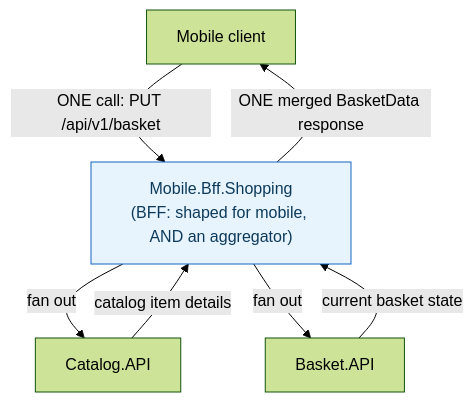
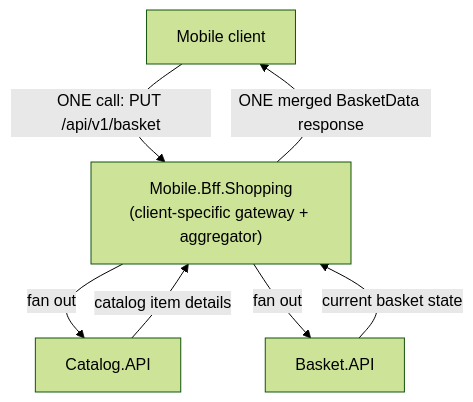
The first of 2 diagrams in _posts/2025-11-07-bff-and-aggregator-patterns.md (mayurjp/dev-blog), drawn with Mermaid (forest theme) before and after one commit. The commit also changed other lines of this file and 27 other files, not shown here.

````diff
--- a/_posts/2025-11-07-bff-and-aggregator-patterns.md
+++ b/_posts/2025-11-07-bff-and-aggregator-patterns.md
@@ -24,17 +53,14 @@
 ```mermaid
 flowchart TD
     MOBILE["Mobile client"]
-    BFF["Mobile.Bff.Shopping<br/>(BFF: shaped for mobile, AND an aggregator)"]
+    BFF["Mobile.Bff.Shopping<br/>(client-specific gateway + aggregator)"]
     CAT["Catalog.API"]
     BASK["Basket.API"]
 
     MOBILE -->|"ONE call: PUT /api/v1/basket"| BFF
     BFF -->|"fan out"| CAT
     BFF -->|"fan out"| BASK
     CAT -->|"catalog item details"| BFF
     BASK -->|"current basket state"| BFF
     BFF -->|"ONE merged BasketData response"| MOBILE
-
-    classDef bff fill:#e8f4fd,stroke:#1565c0,color:#0d3a5c;
-    class BFF bff;
 ```
````
